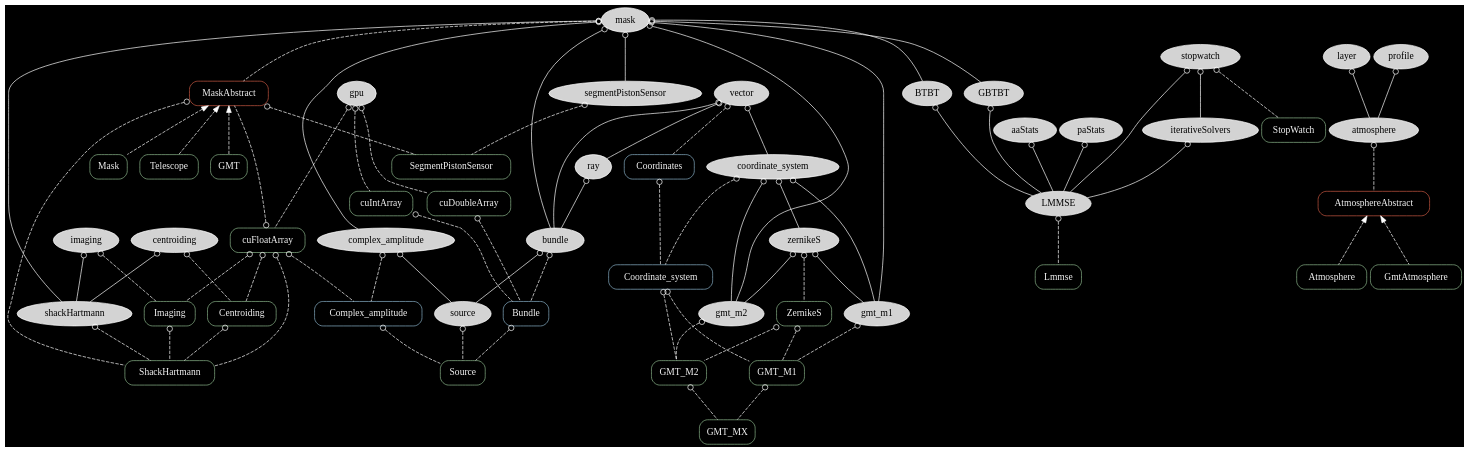
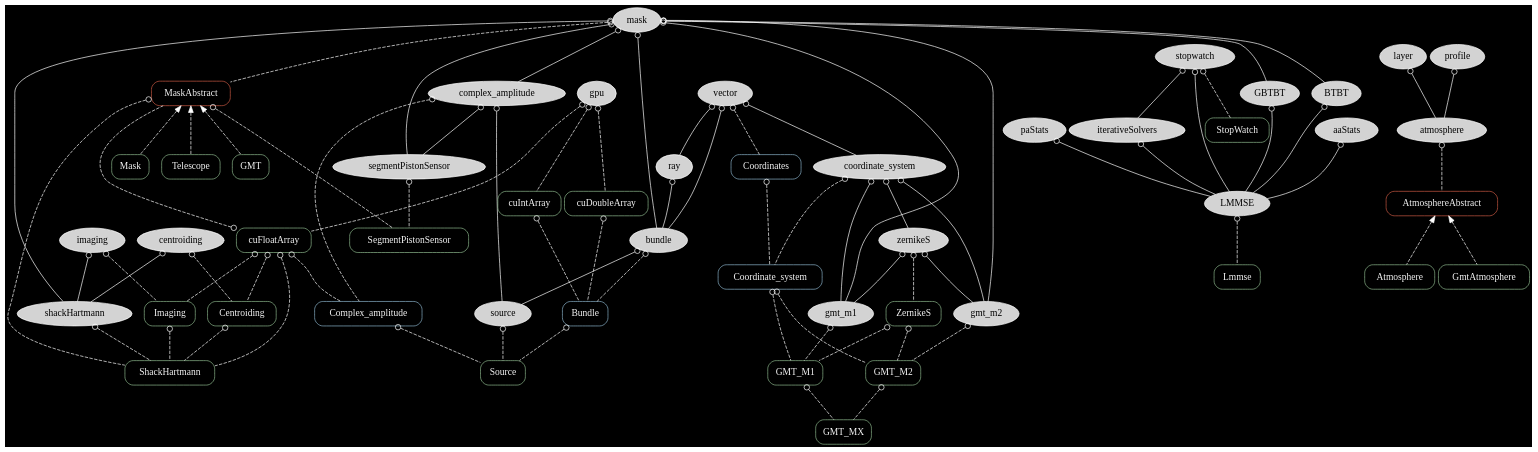
One commit to rconan/CEO changed the diagram in graph/ceo.dot. Above: the diagram before and after it, drawn with Graphviz. The commit also changed 3 other files, not shown here.

Commit message:
SEGMENT PISTON SENSOR TRIMMED MASKLET

```diff
--- a/graph/ceo.dot
+++ b/graph/ceo.dot
@@ -1,120 +1,120 @@
 digraph {
 overlap=false
 splines=true
 bgcolor = black
 node[style=filled,fillcolor=lightgray,color=white];
 edge[arrowtail=odot,dir=back,color=white];
 
 mask -> shackHartmann;
 imaging -> shackHartmann;
 centroiding -> shackHartmann;
 bundle -> source;
 
 coordinate_system -> zernikeS;
 coordinate_system -> gmt_m1;
 coordinate_system -> gmt_m2
 
 mask -> gmt_m1;
 mask -> gmt_m2;
 mask -> complex_amplitude;
 
 zernikeS -> gmt_m1;
 zernikeS -> gmt_m2;
 
 vector -> coordinate_system;
 vector -> bundle;
 
 mask -> bundle;
 ray -> bundle;
 vector -> ray;
 complex_amplitude -> source;
 
 layer -> atmosphere;
 profile -> atmosphere;
 
 mask -> BTBT;
 mask -> GBTBT;
 aaStats -> LMMSE;
 paStats -> LMMSE;
 BTBT -> LMMSE;
 GBTBT -> LMMSE;
 iterativeSolvers -> LMMSE;
 stopwatch -> LMMSE;
 stopwatch -> iterativeSolvers;
 
 gpu;
 
 mask -> segmentPistonSensor;
-
+complex_amplitude -> segmentPistonSensor;
 node[color=darkseagreen,style=rounded,shape=box,fontcolor=whitesmoke];
 edge[style=dashed,color=white]
 
 centroiding -> Centroiding;
 imaging -> Imaging;
 cuFloatArray -> Imaging;
 cuFloatArray -> Centroiding;
 
 source -> Source;
 Complex_amplitude[color=lightskyblue3];
 complex_amplitude -> Complex_amplitude;
 cuFloatArray -> Complex_amplitude;
 Bundle[color=lightskyblue3];
 bundle -> Bundle;
 cuDoubleArray -> Bundle;
 cuIntArray -> Bundle;
 Complex_amplitude -> Source[label="wavefront"];
 Bundle -> Source[label="rays"];
 
 shackHartmann -> ShackHartmann;
 MaskAbstract -> ShackHartmann;
 cuFloatArray -> ShackHartmann
 Imaging -> ShackHartmann;
 Centroiding -> ShackHartmann;
 
 segmentPistonSensor -> SegmentPistonSensor;
 
 gmt_m1 -> GMT_M1;
 gmt_m2 -> GMT_M2;
 ZernikeS;
 zernikeS -> ZernikeS;
 ZernikeS -> GMT_M1;
 ZernikeS -> GMT_M2;
 GMT_M1 -> GMT_MX[label="M1"];
 GMT_M2 -> GMT_MX[label="M2"];
 Coordinate_system[color=lightskyblue3];
 coordinate_system -> Coordinate_system;
 Coordinate_system -> GMT_M1;
 Coordinate_system -> GMT_M2;
 Coordinates[color=lightskyblue3];
 Coordinates -> Coordinate_system;
 vector -> Coordinates;
 
 AtmosphereAbstract[color=coral3];
 atmosphere -> AtmosphereAbstract;
 
 MaskAbstract[color=coral3]
 mask -> MaskAbstract;
 cuFloatArray -> MaskAbstract;
 MaskAbstract -> SegmentPistonSensor;
 
 stopwatch -> StopWatch;
 
 gpu -> cuFloatArray;
 gpu -> cuIntArray;
 gpu -> cuDoubleArray;
 LMMSE -> Lmmse;
 
 edge[dir=back,arrowtail=normal];
 
 AtmosphereAbstract -> Atmosphere;
 AtmosphereAbstract -> GmtAtmosphere;
 
 MaskAbstract -> Mask;
 MaskAbstract -> Telescope;
 MaskAbstract -> GMT;
 
 {rank = source; mask;}
 {rank = same; gpu; vector; MaskAbstract}
 {rank = same; Source; ShackHartmann}
 #{rank=same; stopwatch; LMMSE;}
 }
```
